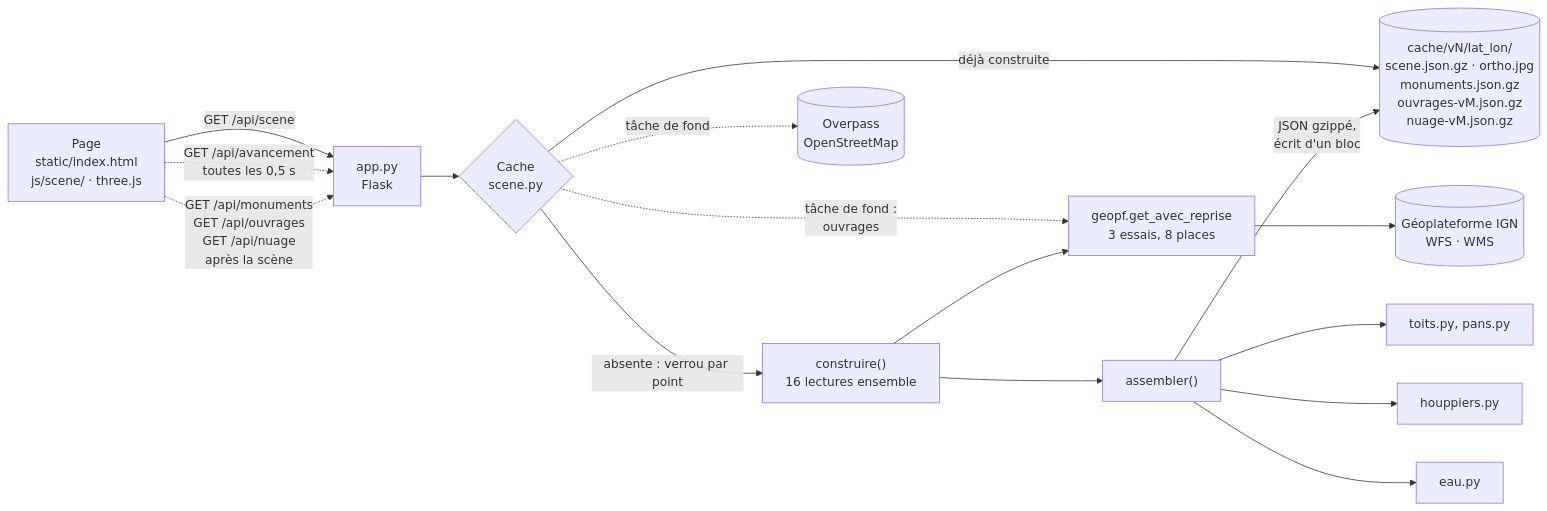
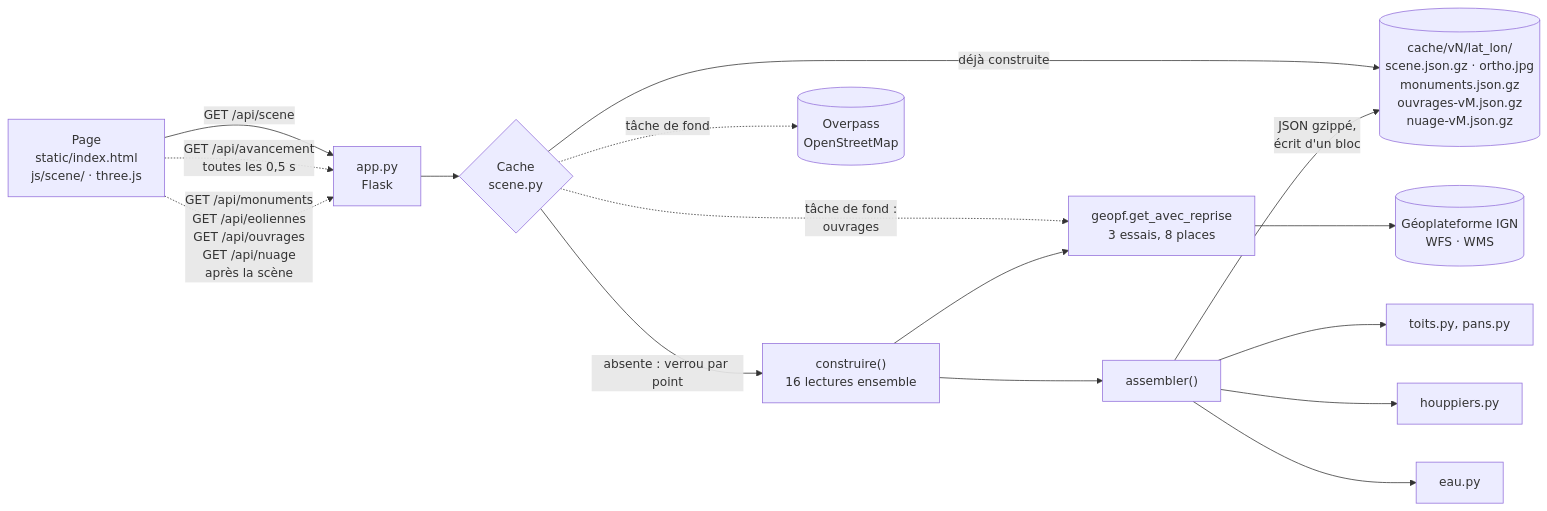
The diagram in CONTRIBUTING.md (ysimonx/vue-3d-ign), drawn with Mermaid before and after one commit. The commit also changed other lines of this file and 4 other files, not shown here.

````diff
--- a/CONTRIBUTING.md
+++ b/CONTRIBUTING.md
@@ -65,18 +65,18 @@
 ```mermaid
 flowchart LR
     P["Page<br/>static/index.html<br/>js/scene/ · three.js"] -->|"GET /api/scene"| A["app.py<br/>Flask"]
     P -.->|"GET /api/avancement<br/>toutes les 0,5 s"| A
-    P -.->|"GET /api/monuments<br/>GET /api/ouvrages<br/>GET /api/nuage<br/>après la scène"| A
+    P -.->|"GET /api/monuments<br/>GET /api/eoliennes<br/>GET /api/ouvrages<br/>GET /api/nuage<br/>après la scène"| A
     A --> C{"Cache<br/>scene.py"}
     C -->|"déjà construite"| D[("cache/vN/lat_lon/<br/>scene.json.gz · ortho.jpg<br/>monuments.json.gz<br/>ouvrages-vM.json.gz<br/>nuage-vM.json.gz")]
     C -->|"absente : verrou par point"| B["construire()<br/>16 lectures ensemble"]
     C -.->|"tâche de fond"| OSM[("Overpass<br/>OpenStreetMap")]
     C -.->|"tâche de fond :<br/>ouvrages"| G
     B --> G["geopf.get_avec_reprise<br/>3 essais, 8 places"]
     G --> IGN[("Géoplateforme IGN<br/>WFS · WMS")]
     B --> S["assembler()"]
     S --> T["toits.py, pans.py"]
     S --> H["houppiers.py"]
     S --> E["eau.py"]
     S -->|"JSON gzippé,<br/>écrit d'un bloc"| D
 ```
````
